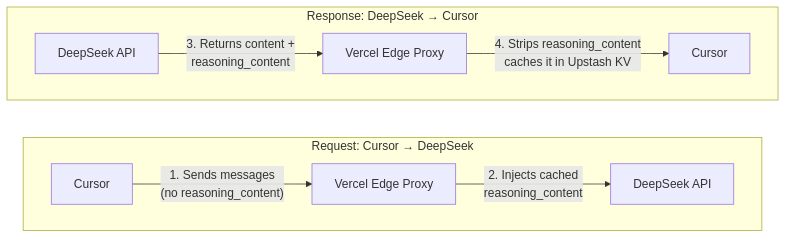
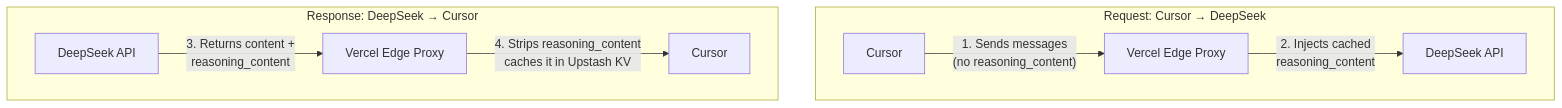
Before and after one commit to lqdflying/cursorProxy: the first of 2 diagrams in README.md, drawn with Mermaid.

Commit message:
docs: stack Request above Response in Mermaid diagram

````diff
--- a/README.md
+++ b/README.md
@@ -52,14 +52,14 @@
 ```mermaid
-flowchart LR
+flowchart TB
     subgraph Request["Request: Cursor → DeepSeek"]
         direction LR
         C1[Cursor] -->|"1. Sends messages<br/>(no reasoning_content)"| V1[Vercel Edge Proxy]
         V1 -->|"2. Injects cached<br/>reasoning_content"| D1[DeepSeek API]
     end
 
     subgraph Response["Response: DeepSeek → Cursor"]
         direction LR
         D2[DeepSeek API] -->|"3. Returns content +<br/>reasoning_content"| V2[Vercel Edge Proxy]
         V2 -->|"4. Strips reasoning_content<br/>caches it in Upstash KV"| C2[Cursor]
     end
 ```
````
